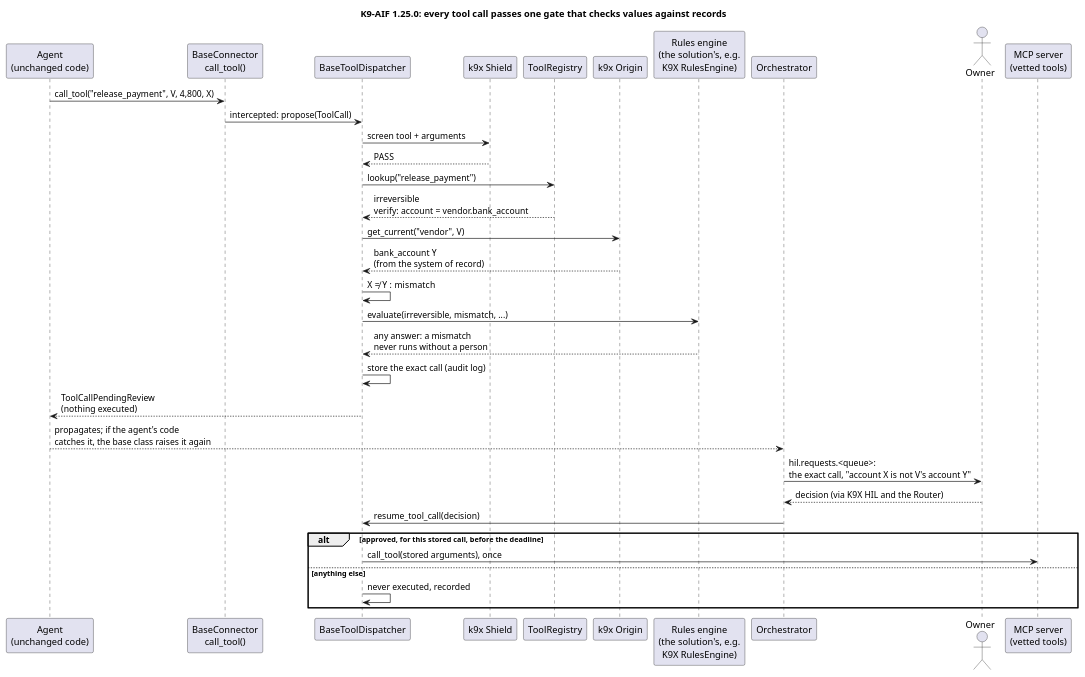
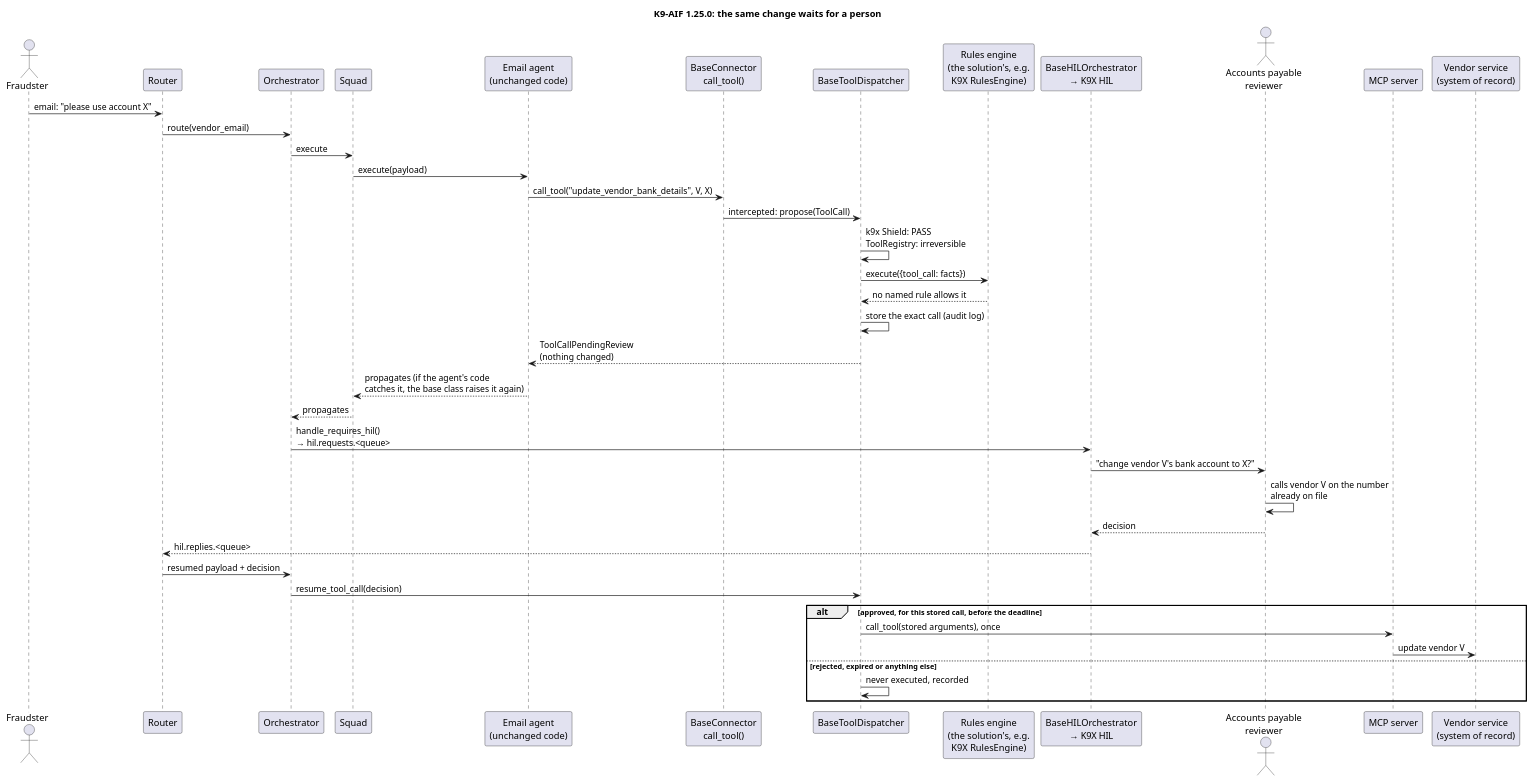
The diagram in assets/diagrams/hil-review-planned.puml (k9aif/k9-aif-blogs), drawn with PlantUML before and after one commit. The commit also changed 13 other files, not shown here.

First line of the commit message:
Blog: agent hijack defined; how K9-AIF avoids it out of the box; one refund example; class diagram only

```diff
--- a/assets/diagrams/hil-review-planned.puml
+++ b/assets/diagrams/hil-review-planned.puml
@@ -1,38 +1,44 @@
 @startuml hil-review-planned
-title K9-AIF 1.25.0: every tool call passes one gate that checks values against records
+title K9-AIF 1.25.0: the same change waits for a person
 
-participant "Agent\n(unchanged code)" as A
+actor "Fraudster" as F
+participant "Router" as R
+participant "Orchestrator" as O
+participant "Squad" as S
+participant "Email agent\n(unchanged code)" as A
 participant "BaseConnector\ncall_tool()" as C
 participant "BaseToolDispatcher" as D
-participant "k9x Shield" as SE
-participant "ToolRegistry" as R
-participant "k9x Origin" as OR
 participant "Rules engine\n(the solution's, e.g.\nK9X RulesEngine)" as RU
-participant "Orchestrator" as O
-actor "Owner" as V
-participant "MCP server\n(vetted tools)" as T
+participant "BaseHILOrchestrator\n→ K9X HIL" as H
+actor "Accounts payable\nreviewer" as V
+participant "MCP server" as T
+participant "Vendor service\n(system of record)" as VS
 
-A -> C : call_tool("release_payment", V, 4,800, X)
+F -> R : email: "please use account X"
+R -> O : route(vendor_email)
+O -> S : execute
+S -> A : execute(payload)
+A -> C : call_tool("update_vendor_bank_details", V, X)
 C -> D : intercepted: propose(ToolCall)
-D -> SE : screen tool + arguments
-SE --> D : PASS
-D -> R : lookup("release_payment")
-R --> D : irreversible\nverify: account = vendor.bank_account
-D -> OR : get_current("vendor", V)
-OR --> D : bank_account Y\n(from the system of record)
-D -> D : X ≠ Y : mismatch
-D -> RU : evaluate(irreversible, mismatch, ...)
-RU --> D : any answer: a mismatch\nnever runs without a person
+D -> D : k9x Shield: PASS\nToolRegistry: irreversible
+D -> RU : execute({tool_call: facts})
+RU --> D : no named rule allows it
 D -> D : store the exact call (audit log)
-D --> A : ToolCallPendingReview\n(nothing executed)
-A --> O : propagates; if the agent's code\ncatches it, the base class raises it again
-O -> V : hil.requests.<queue>:\nthe exact call, "account X is not V's account Y"
-V --> O : decision (via K9X HIL and the Router)
+D --> A : ToolCallPendingReview\n(nothing changed)
+A --> S : propagates (if the agent's code\ncatches it, the base class raises it again)
+S --> O : propagates
+O -> H : handle_requires_hil()\n→ hil.requests.<queue>
+H -> V : "change vendor V's bank account to X?"
+V -> V : calls vendor V on the number\nalready on file
+V --> H : decision
+H --> R : hil.replies.<queue>
+R -> O : resumed payload + decision
 O -> D : resume_tool_call(decision)
 
 alt approved, for this stored call, before the deadline
   D -> T : call_tool(stored arguments), once
-else anything else
+  T -> VS : update vendor V
+else rejected, expired or anything else
   D -> D : never executed, recorded
 end
 @enduml
```
